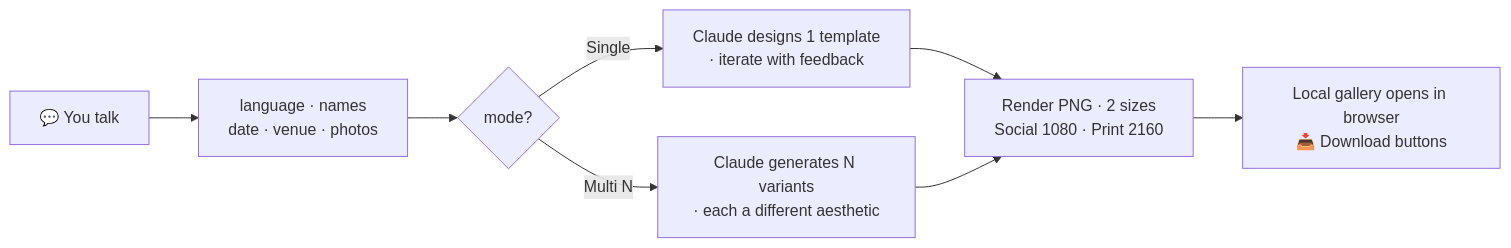
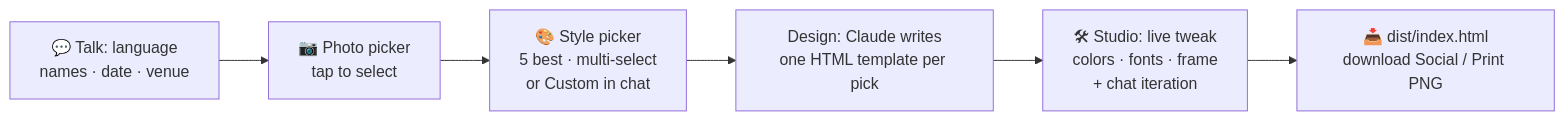
Before and after one commit to wyx-sg/wedding-invitation-skill: the diagram in README.md, drawn with Mermaid. The commit also changed other lines of this file and 7 other files, not shown here.

First line of the commit message:
workflow: photo picker always, drop font-CDN Q, separate design from delivery

````diff
--- a/README.md
+++ b/README.md
@@ -92,10 +92,8 @@
 ```mermaid
 flowchart LR
-    A[💬 You talk] --> B[language · names<br/>date · venue · photos]
-    B --> M{mode?}
-    M -->|Single| S[Claude designs 1 template<br/>· iterate with feedback]
-    M -->|Multi N| G[Claude generates N variants<br/>· each a different aesthetic]
-    S --> R[Render PNG · 2 sizes<br/>Social 1080 · Print 2160]
-    G --> R
-    R --> O[Local gallery opens in browser<br/>📥 Download buttons]
+    A[💬 Talk: language<br/>names · date · venue] --> P[📷 Photo picker<br/>tap to select]
+    P --> S[🎨 Style picker<br/>5 best · multi-select<br/>or Custom in chat]
+    S --> D[Design: Claude writes<br/>one HTML template per pick]
+    D --> T[🛠 Studio: live tweak<br/>colors · fonts · frame<br/>+ chat iteration]
+    T --> O[📥 dist/index.html<br/>download Social / Print PNG]
 ```
````
